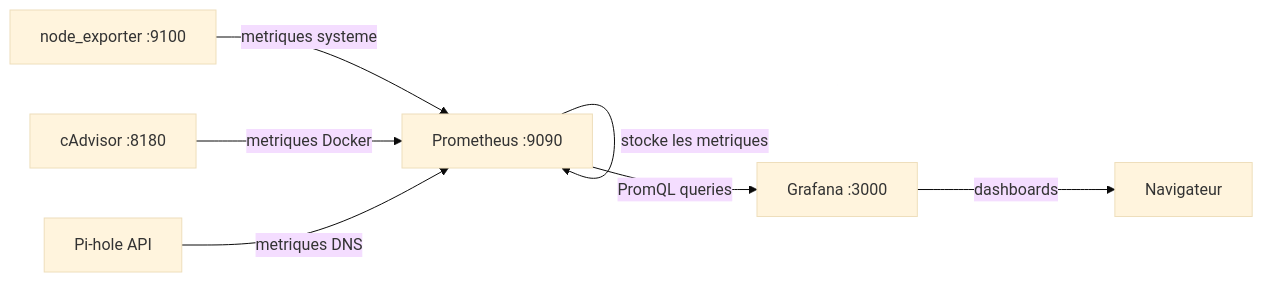
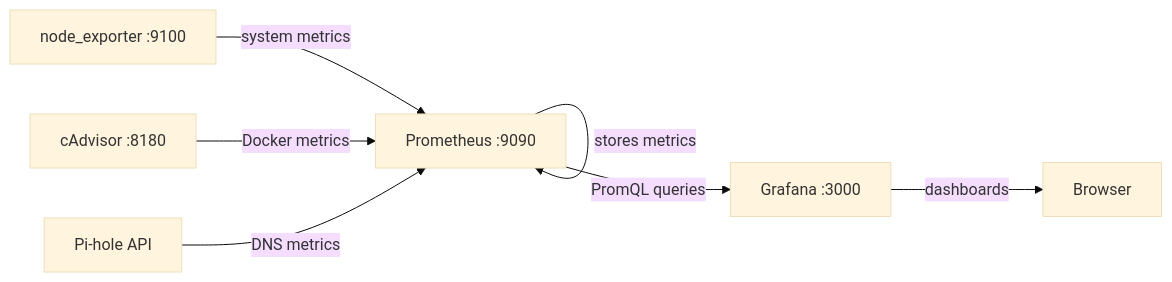
One commit to RustyHammer/homelab-infrastructure changed the diagram in docs/monitoring-setup.md. Above: the diagram before and after it, drawn with Mermaid (base theme). The commit also changed other lines of this file and 2 other files, not shown here.

````diff
--- a/docs/monitoring-setup.md
+++ b/docs/monitoring-setup.md
@@ -5,9 +5,9 @@
 ```mermaid
 graph LR
-    NE[node_exporter :9100] -->|metriques systeme| P[Prometheus :9090]
-    CA[cAdvisor :8180] -->|metriques Docker| P
-    PH[Pi-hole API] -->|metriques DNS| P
-    P -->|stocke les metriques| P
+    NE[node_exporter :9100] -->|system metrics| P[Prometheus :9090]
+    CA[cAdvisor :8180] -->|Docker metrics| P
+    PH[Pi-hole API] -->|DNS metrics| P
+    P -->|stores metrics| P
     P -->|PromQL queries| G[Grafana :3000]
-    G -->|dashboards| USER[Navigateur]
+    G -->|dashboards| USER[Browser]
 ```
````
